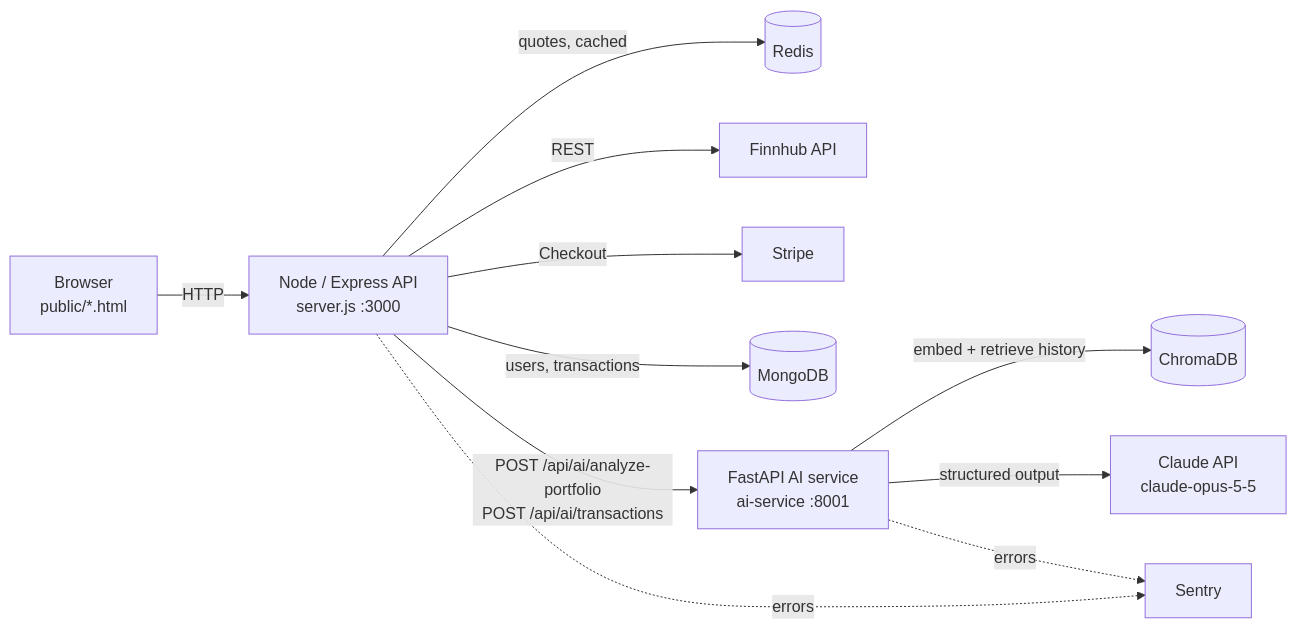
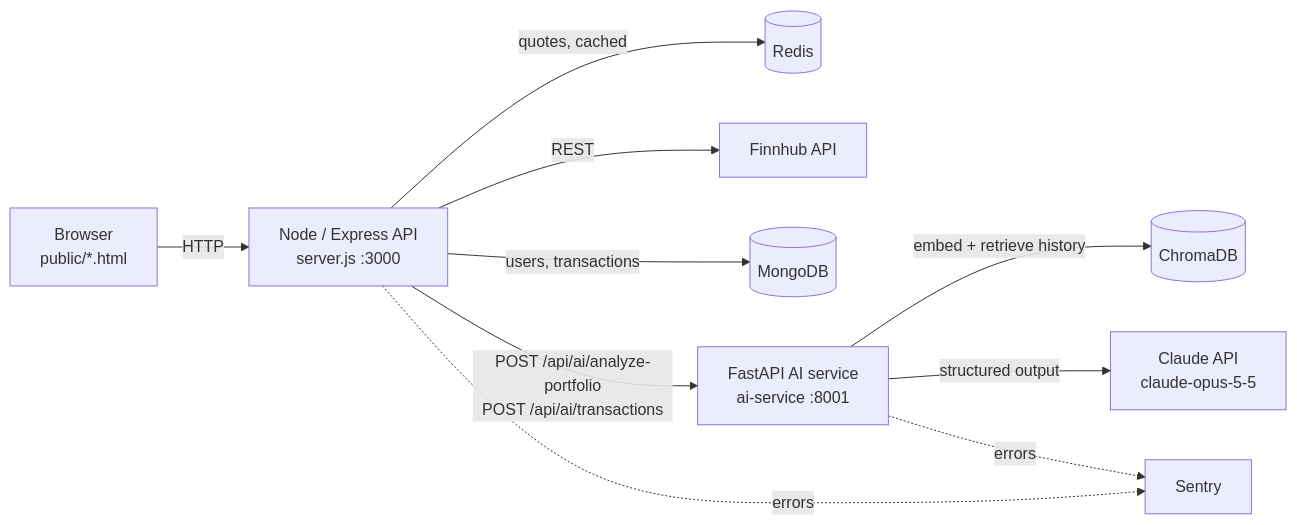
One commit to sumitparmar19/Nivesh-Path changed the first of 2 diagrams in architecture.md. Above: the diagram before and after it, drawn with Mermaid. The commit also changed 6 other files, not shown here.

````diff
--- a/architecture.md
+++ b/architecture.md
@@ -3,13 +3,12 @@
 ```mermaid
 flowchart LR
     B[Browser<br/>public/*.html] -->|HTTP| N[Node / Express API<br/>server.js :3000]
     N -->|quotes, cached| R[(Redis)]
     N -->|REST| F[Finnhub API]
-    N -->|Checkout| S[Stripe]
     N -->|users, transactions| M[(MongoDB)]
     N -->|POST /api/ai/analyze-portfolio<br/>POST /api/ai/transactions| A[FastAPI AI service<br/>ai-service :8001]
     A -->|embed + retrieve history| C[(ChromaDB)]
     A -->|structured output| L[Claude API<br/>claude-opus-5-5]
     N -. errors .-> Y[Sentry]
     A -. errors .-> Y
 ```
````
